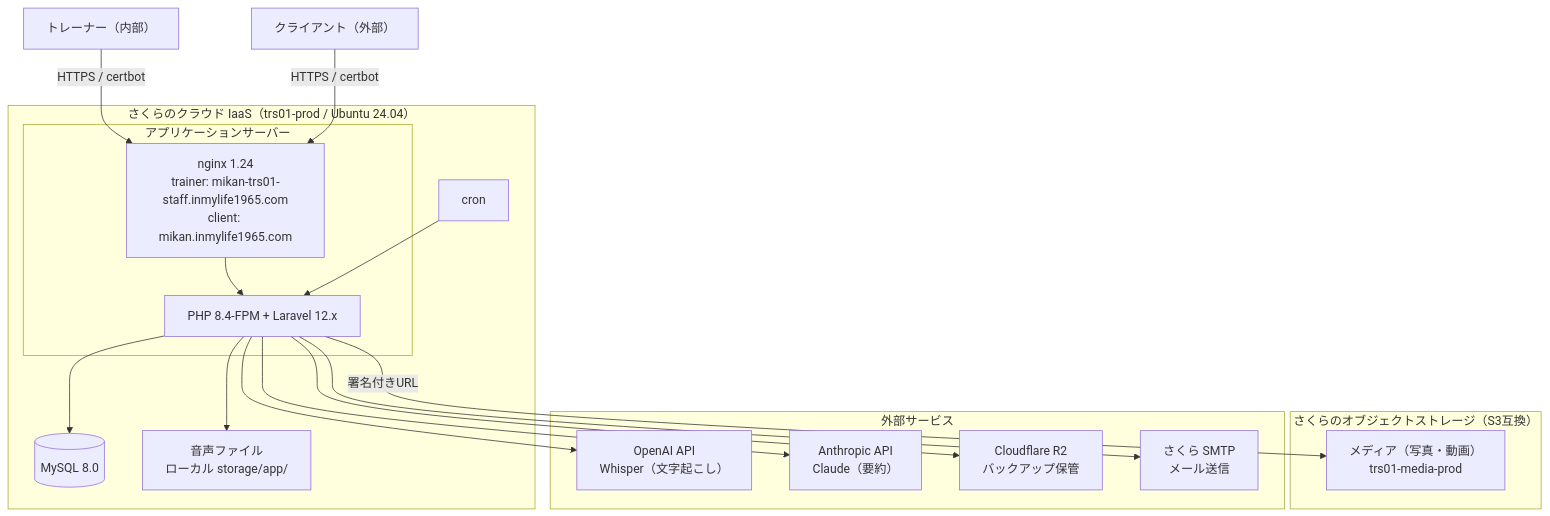
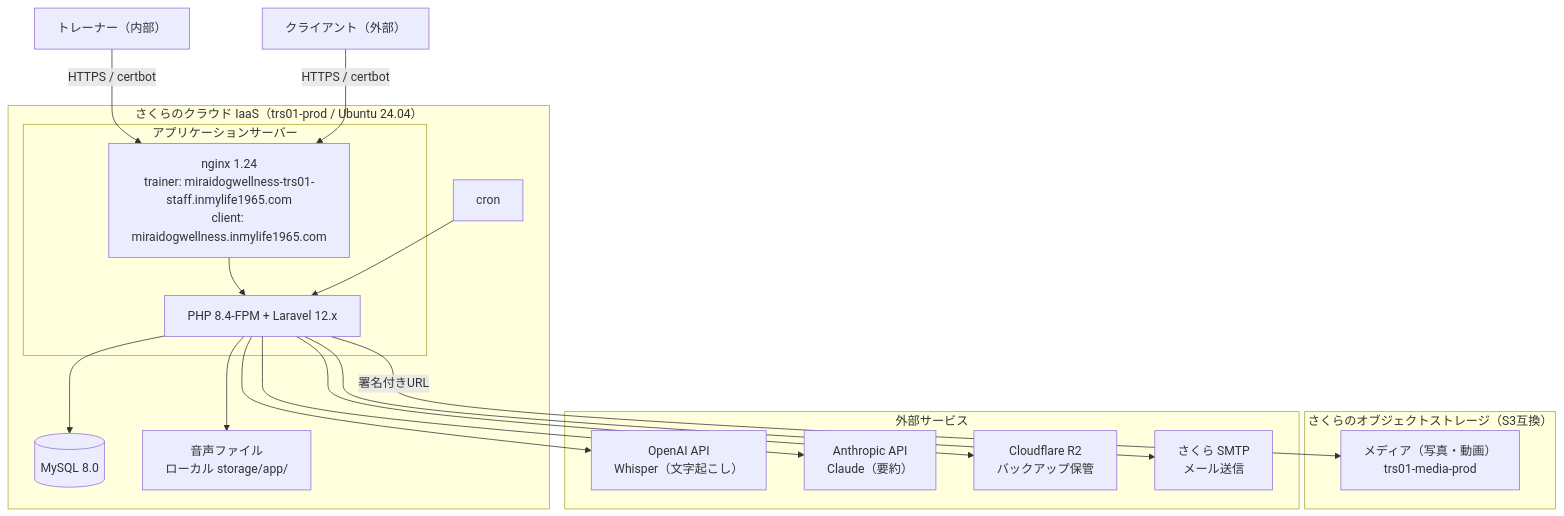
The diagram in docs/architecture.md (y-ouchi-inmylife/training-record-system-01), drawn with Mermaid before and after one commit. The commit also changed other lines of this file and 3 other files, not shown here.

````diff
--- a/docs/architecture.md
+++ b/docs/architecture.md
@@ -14,39 +14,39 @@
 ```mermaid
 flowchart TD
     Trainer[トレーナー（内部）]
     Client[クライアント（外部）]
 
     subgraph Sakura["さくらのクラウド IaaS（trs01-prod / Ubuntu 24.04）"]
         subgraph AppServer["アプリケーションサーバー"]
-            Nginx["nginx 1.24<br/>trainer: mikan-trs01-staff.inmylife1965.com<br/>client: mikan.inmylife1965.com"]
+            Nginx["nginx 1.24<br/>trainer: miraidogwellness-trs01-staff.inmylife1965.com<br/>client: miraidogwellness.inmylife1965.com"]
             App[PHP 8.4-FPM + Laravel 12.x]
         end
         Cron[cron]
         DB[(MySQL 8.0)]
         LocalAudio[音声ファイル<br/>ローカル storage/app/]
     end
 
     subgraph SakuraObj["さくらのオブジェクトストレージ（S3互換）"]
         Media[メディア（写真・動画）<br/>trs01-media-prod]
     end
 
     subgraph External["外部サービス"]
         OpenAI[OpenAI API<br/>Whisper（文字起こし）]
         Anthropic[Anthropic API<br/>Claude（要約）]
         R2[Cloudflare R2<br/>バックアップ保管]
         SMTP[さくら SMTP<br/>メール送信]
     end
 
     Trainer -->|HTTPS / certbot| Nginx
     Client -->|HTTPS / certbot| Nginx
     Nginx --> App
     Cron --> App
     App --> DB
     App --> LocalAudio
 
     App -->|署名付きURL| Media
     App --> OpenAI
     App --> Anthropic
     App --> R2
     App --> SMTP
 ```
````
